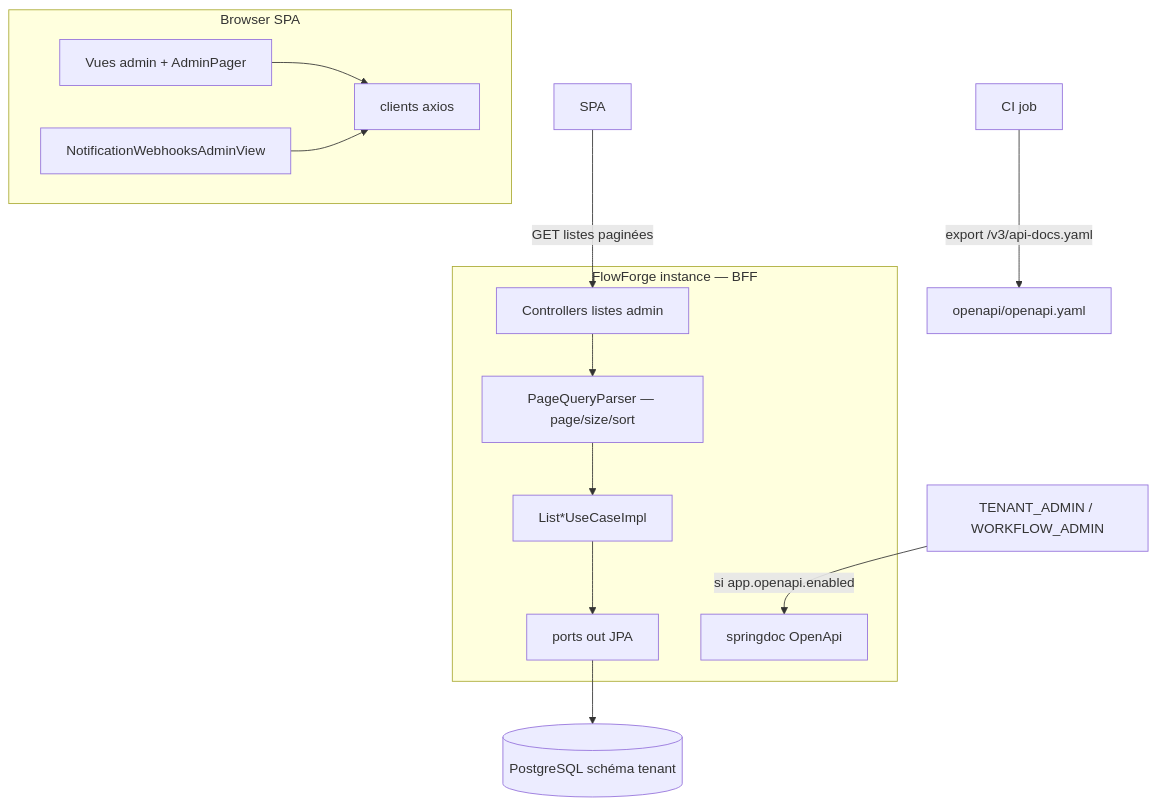
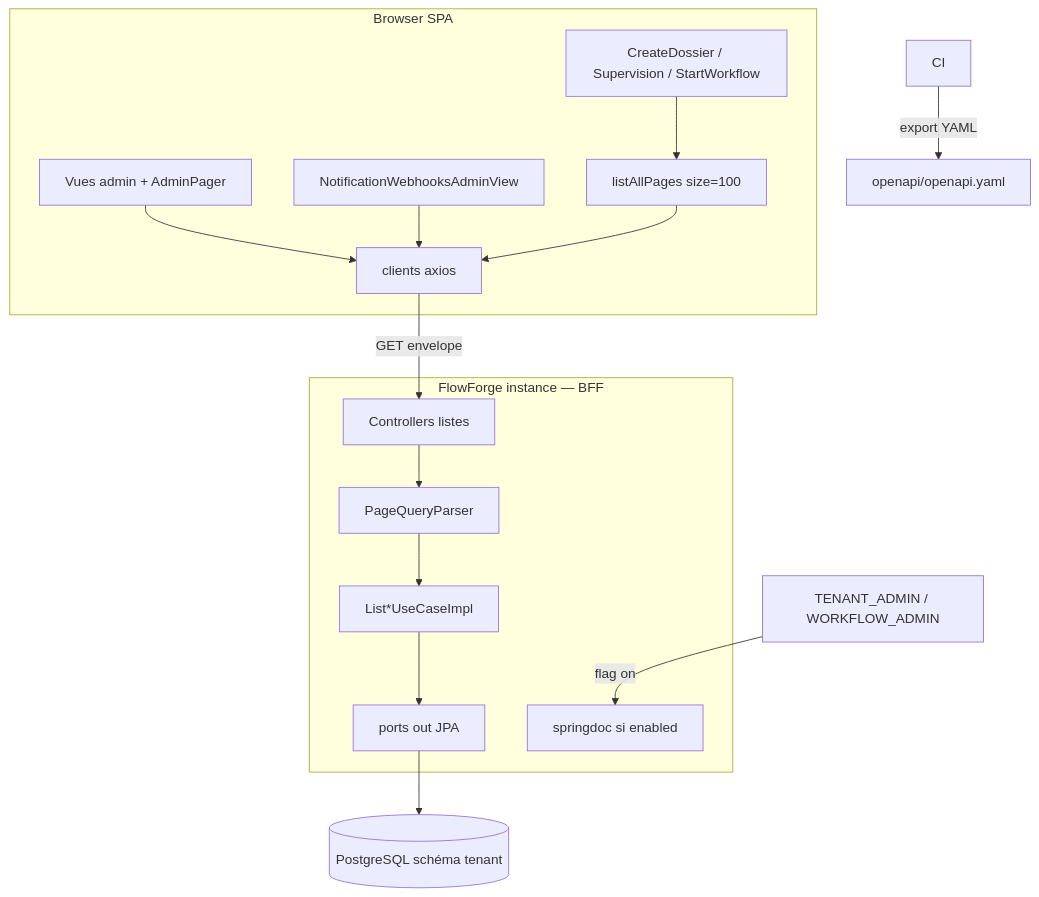
Before and after one commit to superjojo79/Myrmacta: the first of 4 diagrams in docs/ai/design/2026-08-19-feature-openapi-pagination-admin.md, drawn with Mermaid. The commit also changed other lines of this file and 3 other files, not shown here.

First line of the commit message:
docs(openapi-pagination-admin): revue Phase 3 design

````diff
--- a/docs/ai/design/2026-08-19-feature-openapi-pagination-admin.md
+++ b/docs/ai/design/2026-08-19-feature-openapi-pagination-admin.md
@@ -24,26 +30,27 @@
 ```mermaid
 flowchart TB
   subgraph browser["Browser SPA"]
     ADMIN[Vues admin + AdminPager]
+    CAT[CreateDossier / Supervision / StartWorkflow]
+    HELPER[listAllPages size=100]
     WH[NotificationWebhooksAdminView]
     APIJS[clients axios]
     ADMIN --> APIJS
     WH --> APIJS
+    CAT --> HELPER --> APIJS
   end
 
   subgraph app["FlowForge instance — BFF"]
-    CTRLS[Controllers listes admin]
-    PARSE[PageQueryParser — page/size/sort]
+    CTRLS[Controllers listes]
+    PARSE[PageQueryParser]
     UCS[List*UseCaseImpl]
     PORTS[ports out JPA]
-    OA[springdoc OpenApi]
-    CTRLS --> PARSE
-    PARSE --> UCS
-    UCS --> PORTS
+    OA[springdoc si enabled]
+    CTRLS --> PARSE --> UCS --> PORTS
   end
 
-  SPA[SPA] -->|GET listes paginées| CTRLS
-  ADMINS[TENANT_ADMIN / WORKFLOW_ADMIN] -->|si app.openapi.enabled| OA
-  CI[CI job] -->|export /v3/api-docs.yaml| FILE[openapi/openapi.yaml]
+  APIJS -->|GET envelope| CTRLS
+  ADMINS[TENANT_ADMIN / WORKFLOW_ADMIN] -->|flag on| OA
+  CI[CI] -->|export YAML| FILE[openapi/openapi.yaml]
   PORTS --> DB[(PostgreSQL schéma tenant)]
 ```
````
